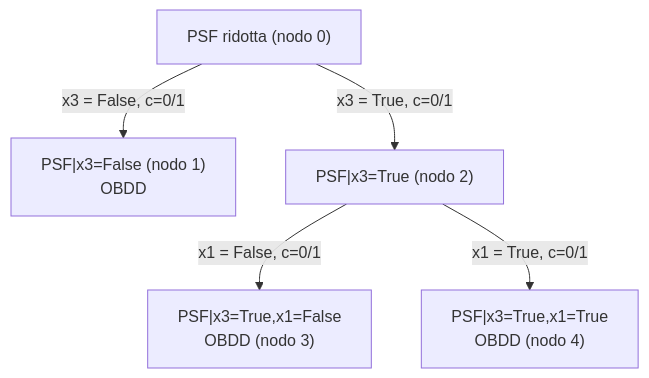
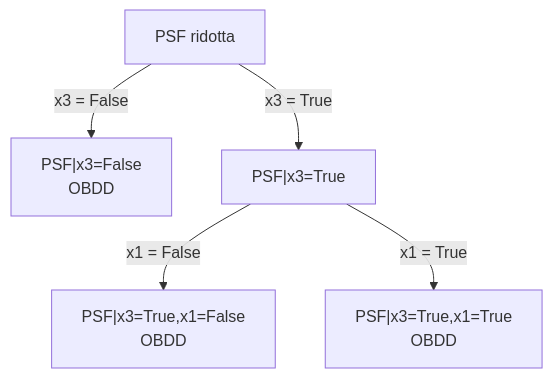
Before and after one commit to matthewexe/robustness-random-forest: the second of 5 diagrams in README.md, drawn with Mermaid. The commit also changed other lines of this file, not shown here.

Commit message:
adjusted README text

````diff
--- a/README.md
+++ b/README.md
@@ -98,13 +98,13 @@
 ```mermaid
 graph TD
-    R["PSF ridotta (nodo 0)"]
-    L["PSF|x3=False (nodo 1)<br>OBDD"]
-    H["PSF|x3=True (nodo 2)"]
-    HL["PSF|x3=True,x1=False<br>OBDD (nodo 3)"]
-    HH["PSF|x3=True,x1=True<br>OBDD (nodo 4)"]
+    R["PSF ridotta"]
+    L["PSF|x3=False<br>OBDD"]
+    H["PSF|x3=True"]
+    HL["PSF|x3=True,x1=False<br>OBDD"]
+    HH["PSF|x3=True,x1=True<br>OBDD"]
 
-    R -->|"x3 = False, c=0/1"| L
-    R -->|"x3 = True,  c=0/1"| H
-    H -->|"x1 = False, c=0/1"| HL
-    H -->|"x1 = True,  c=0/1"| HH
+    R -->|"x3 = False"| L
+    R -->|"x3 = True"| H
+    H -->|"x1 = False"| HL
+    H -->|"x1 = True"| HH
 ```
````
